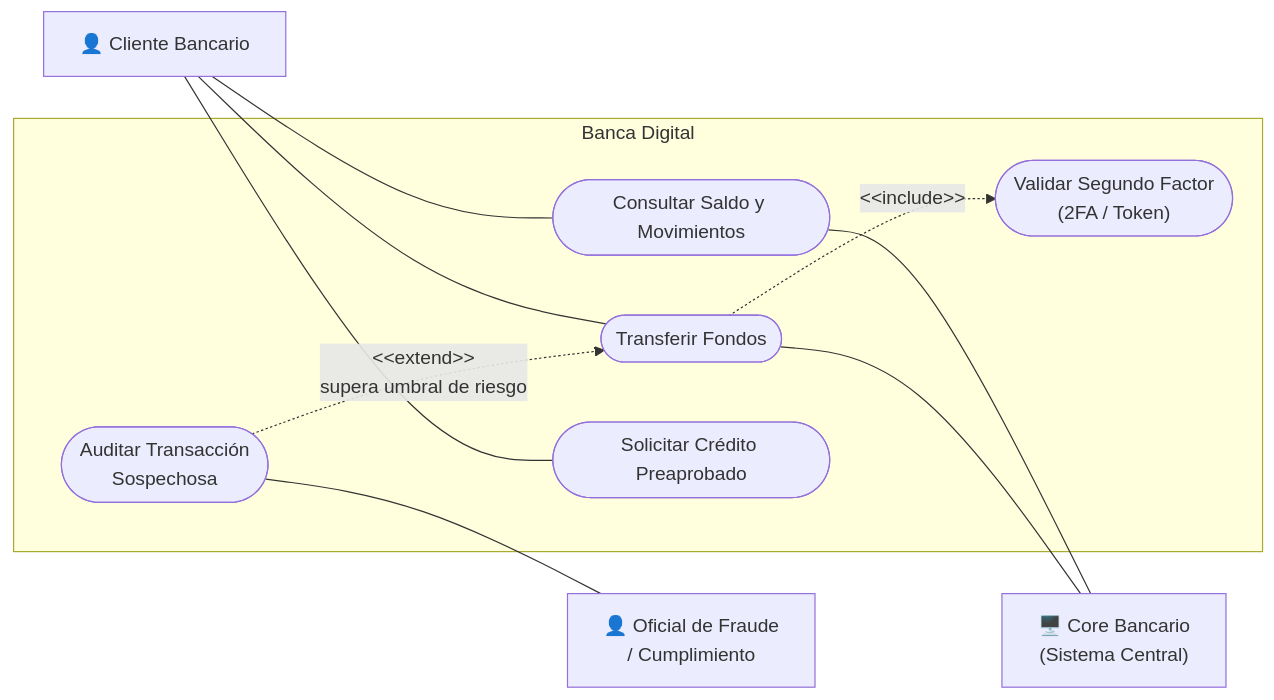
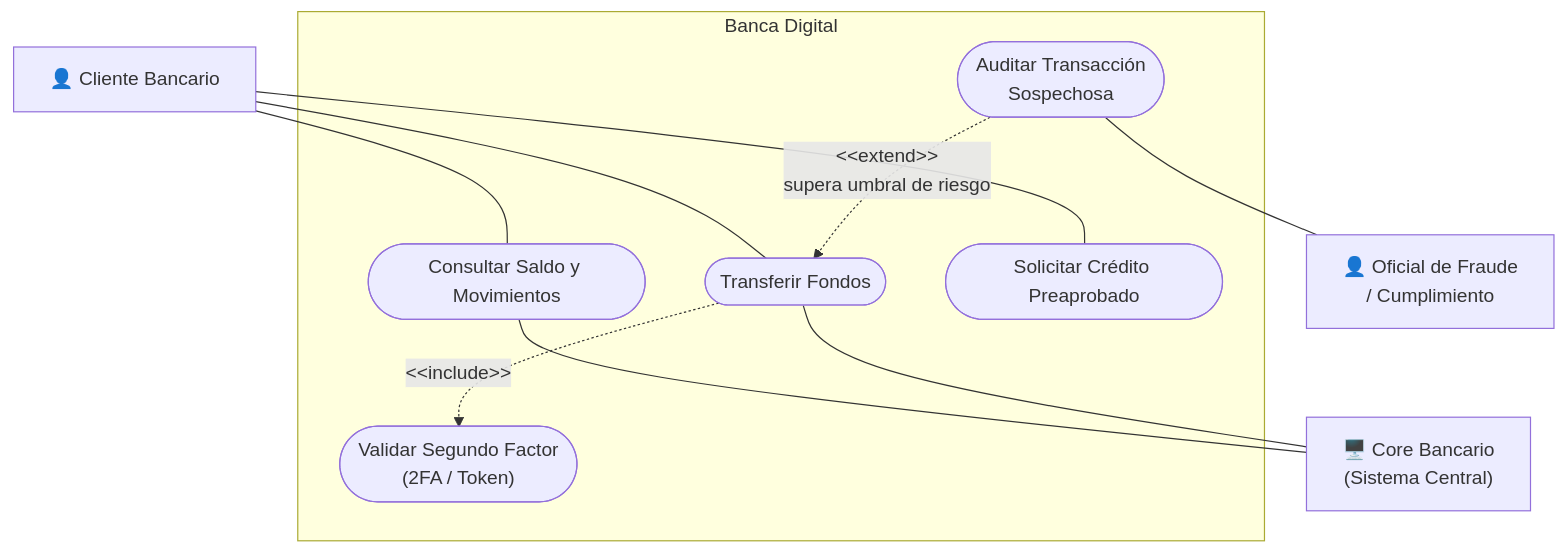
Before and after one commit to paranedagarcia/informatica: the seventh of 8 diagrams in docs/2-modelamiento/6-diagramas/3-UML/2-casodeuso.md, drawn with Mermaid. The commit also changed other lines of this file, not shown here.

````diff
--- a/docs/2-modelamiento/6-diagramas/3-UML/2-casodeuso.md
+++ b/docs/2-modelamiento/6-diagramas/3-UML/2-casodeuso.md
@@ -578,30 +578,30 @@
 ```mermaid
-flowchart LR
+flowchart TD
     %% Actores
     Cliente["👤 Cliente Bancario"]
     CoreBancario["🖥️ Core Bancario<br>(Sistema Central)"]
     OficialFraude["👤 Oficial de Fraude<br>/ Cumplimiento"]
 
     %% Límite del Sistema
     subgraph BancaDigital ["Banca Digital"]
         UC_Consultar(["Consultar Saldo y Movimientos"])
         UC_Transferir(["Transferir Fondos"])
         UC_Token(["Validar Segundo Factor<br>(2FA / Token)"])
         UC_Auditoria(["Auditar Transacción<br>Sospechosa"])
         UC_Credito(["Solicitar Crédito Preaprobado"])
     end
 
     %% Asociaciones
     Cliente --- UC_Consultar
     Cliente --- UC_Transferir
     Cliente --- UC_Credito
 
     %% Relaciones Include y Extend
     UC_Transferir -.->|&lt;&lt;include&gt;&gt;| UC_Token
     UC_Auditoria -.->|&lt;&lt;extend&gt;&gt;<br>supera umbral de riesgo| UC_Transferir
 
     %% Conexiones Secundarias
     UC_Consultar --- CoreBancario
     UC_Transferir --- CoreBancario
     UC_Auditoria --- OficialFraude
 ```
````
